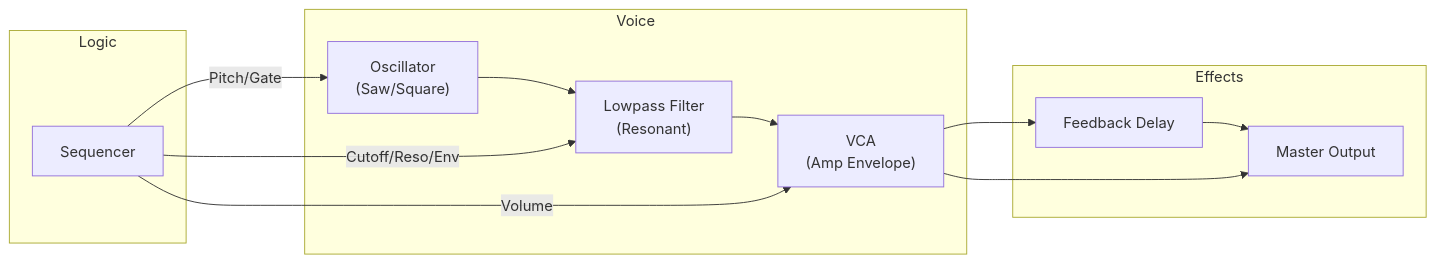
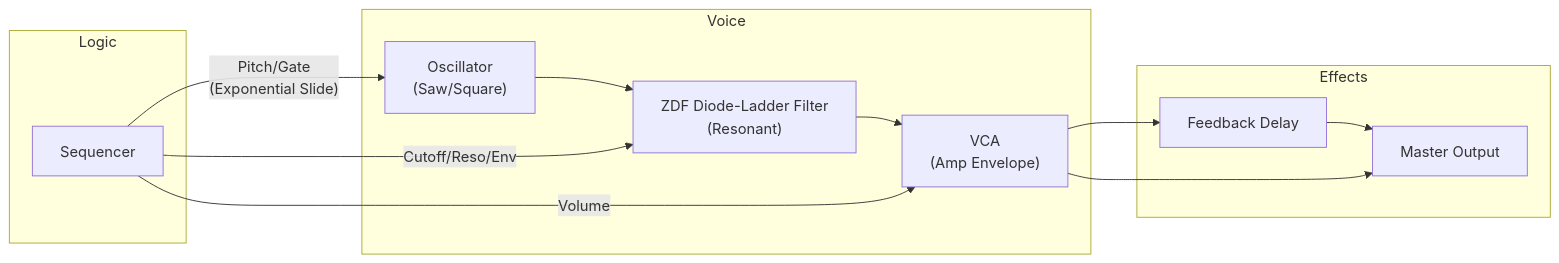
Before and after one commit to acidsound/acidBros: the second of 2 diagrams in SYNTH_ARCHITECTURE.md, drawn with Mermaid. The commit also changed other lines of this file and 6 other files, not shown here.

First line of the commit message:
feat(audio): port TB-303 ZDF Diode-Ladder filter and exponential slide

````diff
--- a/SYNTH_ARCHITECTURE.md
+++ b/SYNTH_ARCHITECTURE.md
@@ -201,19 +201,19 @@
 ```mermaid
 graph LR
     subgraph Voice
-    OSC["Oscillator<br/>(Saw/Square)"] --> FILTER["Lowpass Filter<br/>(Resonant)"]
+    OSC["Oscillator<br/>(Saw/Square)"] --> FILTER["ZDF Diode-Ladder Filter<br/>(Resonant)"]
     FILTER --> VCA["VCA<br/>(Amp Envelope)"]
     end
     
     subgraph Logic
-    SEQ[Sequencer] -- Pitch/Gate --> OSC
+    SEQ[Sequencer] -- Pitch/Gate<br/>(Exponential Slide) --> OSC
     SEQ -- Cutoff/Reso/Env --> FILTER
     SEQ -- Volume --> VCA
     end
 
     subgraph Effects
     VCA --> DELAY[Feedback Delay]
     DELAY --> OUT[Master Output]
     VCA --> OUT
     end
 ```
````
